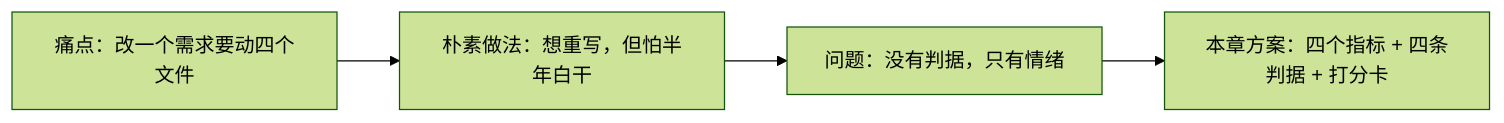
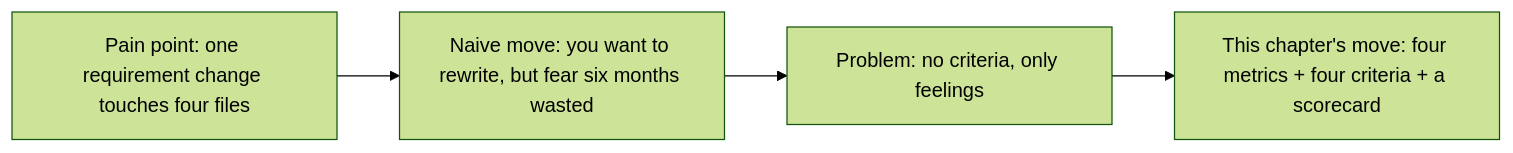
One commit to xzlxiao/vibe-coding-textbook changed the first of 2 diagrams in phase5/chapters/ch09-debt-rewrite.md. Above: the diagram before and after it, drawn with Mermaid (forest theme). The commit also changed other lines of this file and 10 other files, not shown here.

````diff
--- a/phase5/chapters/ch09-debt-rewrite.md
+++ b/phase5/chapters/ch09-debt-rewrite.md
@@ -37,6 +37,6 @@
 ```mermaid
 flowchart LR
-    P["痛点：改一个需求要动四个文件"] --> N["朴素做法：想重写，但怕半年白干"]
-    N --> F["问题：没有判据，只有情绪"]
-    F --> S["本章方案：四个指标 + 四条判据 + 打分卡"]
+    P["Pain point: one requirement change touches four files"] --> N["Naive move: you want to rewrite, but fear six months wasted"]
+    N --> F["Problem: no criteria, only feelings"]
+    F --> S["This chapter's move: four metrics + four criteria + a scorecard"]
 ```
````
